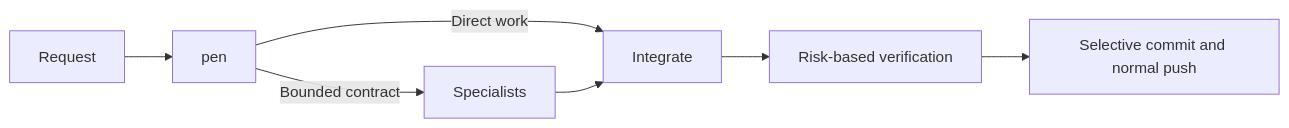
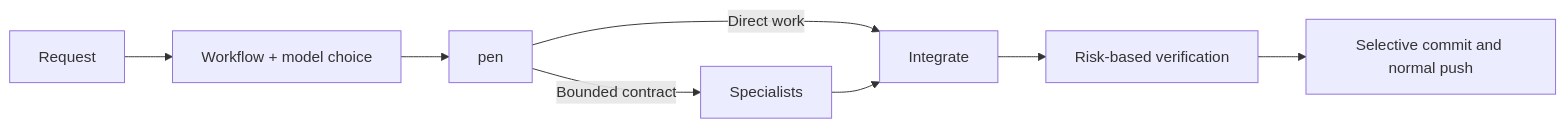
Before and after one commit to B-HS/oh-pen: the diagram in README.md, drawn with Mermaid. The commit also changed other lines of this file and 9 other files, not shown here.

````diff
--- a/README.md
+++ b/README.md
@@ -65,9 +72,10 @@
 ```mermaid
 flowchart LR
-    Request[Request] --> Pen[pen]
+    Request[Request] --> Choice[Workflow + model choice]
+    Choice --> Pen[pen]
     Pen -->|Direct work| Integrate[Integrate]
     Pen -->|Bounded contract| Specialists[Specialists]
     Specialists --> Integrate
     Integrate --> Verify[Risk-based verification]
     Verify --> Git[Selective commit and normal push]
 ```
````
